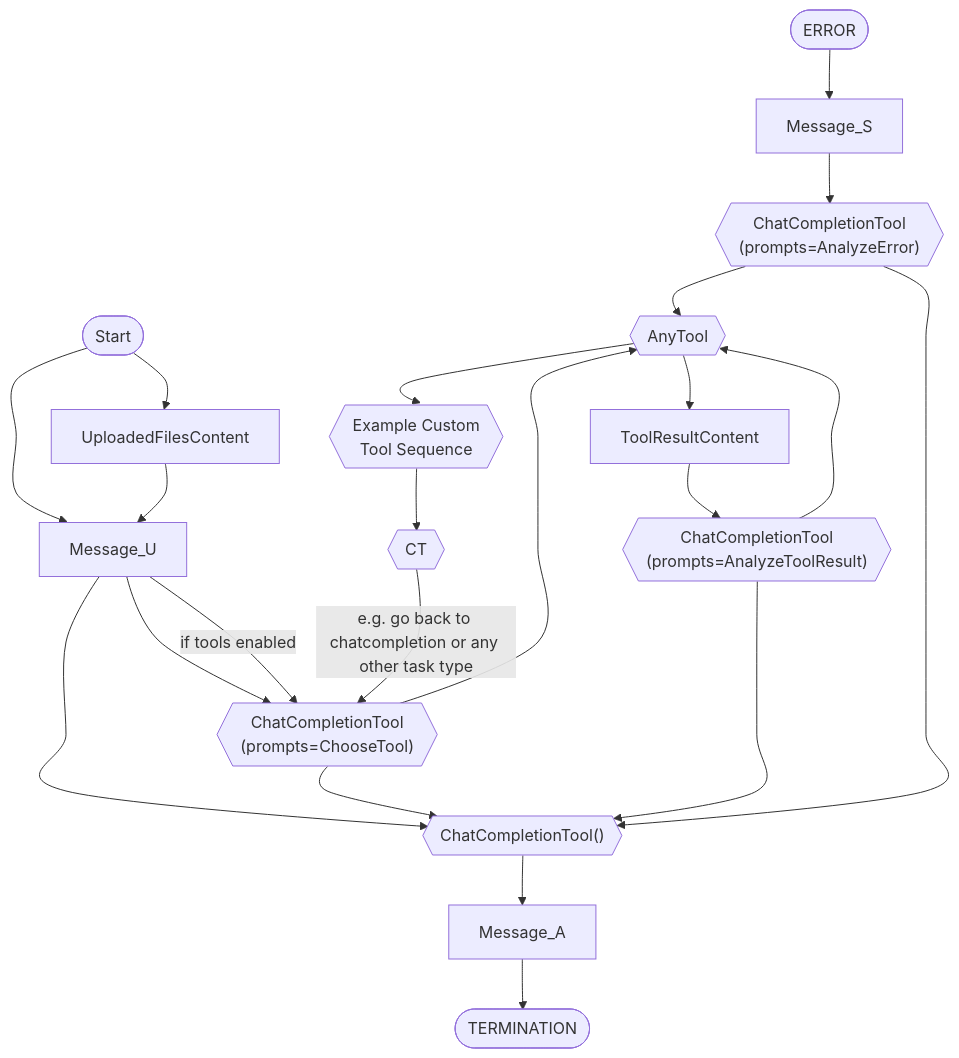
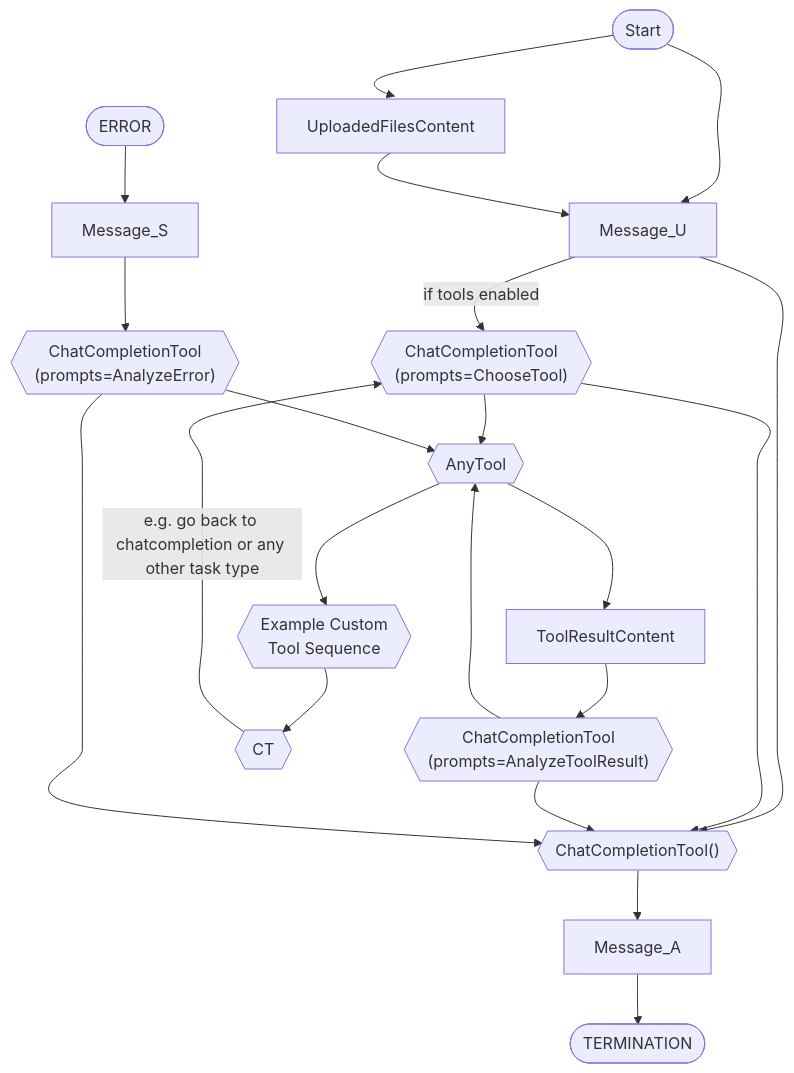
The third of 3 diagrams in public/docs/conversations/taskyon_description.md (Xyntopia/taskyon), drawn with Mermaid before and after one commit.

Commit message:
make graph a little nicer :)

````diff
--- a/public/docs/conversations/taskyon_description.md
+++ b/public/docs/conversations/taskyon_description.md
@@ -146,35 +146,35 @@
 ```mermaid
 %%{init: { "flowchart": { "curve": "cardinal", "wrappingWidth": 400 } } }%%
 flowchart TD
-  at{{AnyTool}}
   Message_U
   Message_A
   Message_S
   ToolResultContent
   UploadedFilesContent
   cct{{"ChatCompletionTool()"}}
   cctct{{"ChatCompletionTool<br>(prompts=ChooseTool)"}}
   cctat{{"ChatCompletionTool<br>(prompts=AnalyzeToolResult)"}}
   cctae{{"ChatCompletionTool<br>(prompts=AnalyzeError)"}}
   cct1{{"Example Custom<br>Tool Sequence"}}
+  at{{AnyTool}}
   cct2{{CT}}
 
 
   TERMINATION([TERMINATION])
   e([ERROR])-->Message_S
   s([Start])
 
   Message_S-->cctae
-  s-->Message_U -->cctct
+  s-->Message_U
   s-->UploadedFilesContent --> Message_U --> cct --> Message_A --> TERMINATION
   Message_U -- if tools enabled --> cctct
   at-->ToolResultContent-->cctat
   cctct --> at
   cctat --> at
   cctae --> at
   cctct  --> cct
   cctat  --> cct
   cctae  --> cct
   at --> cct1-->cct2-- e.g. go back to chatcompletion or any other task type -->cctct
 
 ```
````
